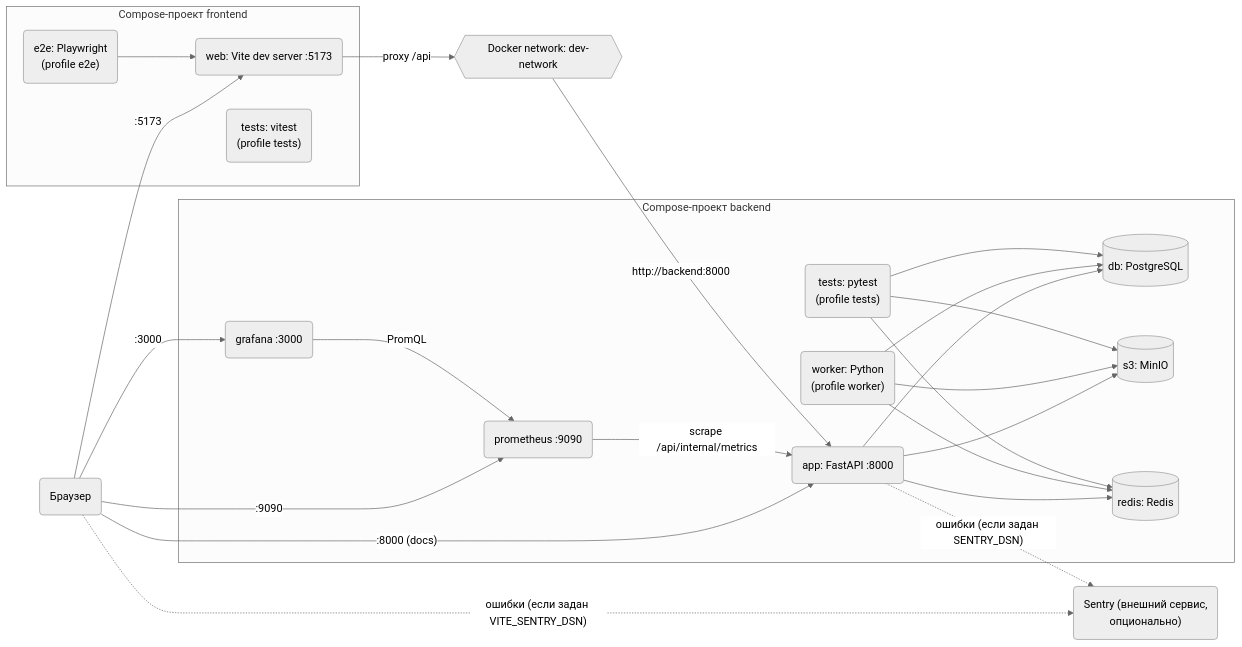
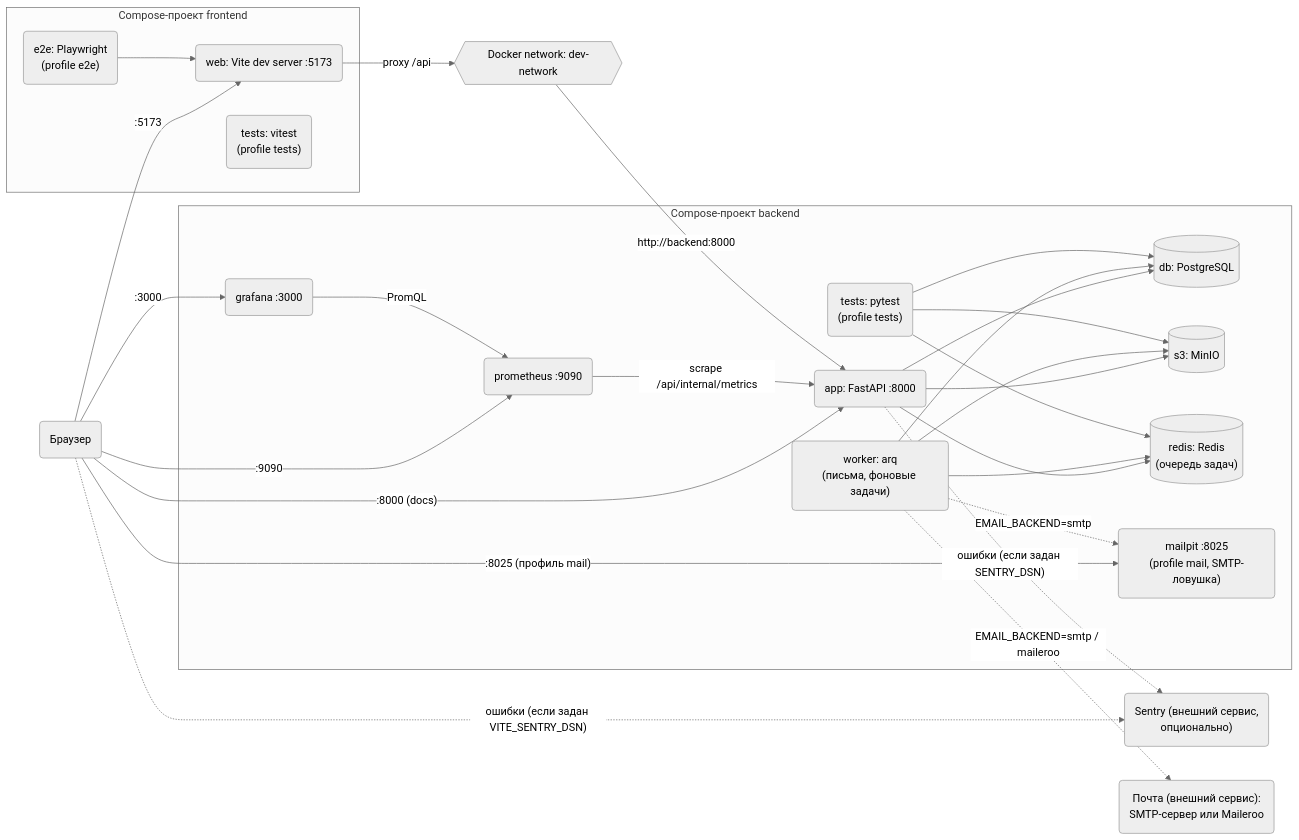
Before and after one commit to Daniil-Solo/Saas-Template: the first of 2 diagrams in docs/deployment.md, drawn with Mermaid (neutral theme). The commit also changed other lines of this file and 88 other files, not shown here.

````diff
--- a/docs/deployment.md
+++ b/docs/deployment.md
@@ -9,46 +9,51 @@
 ```mermaid
 flowchart LR
     browser("Браузер")
 
     subgraph Frontend["Compose-проект frontend"]
         web("web: Vite dev server :5173")
         ftests("tests: vitest<br>(profile tests)")
         e2e("e2e: Playwright<br>(profile e2e)")
     end
 
     subgraph Backend["Compose-проект backend"]
         app("app: FastAPI :8000")
-        worker("worker: Python<br>(profile worker)")
+        worker("worker: arq<br>(письма, фоновые задачи)")
         tests("tests: pytest<br>(profile tests)")
         db[("db: PostgreSQL")]
         s3[("s3: MinIO")]
-        redis[("redis: Redis")]
+        redis[("redis: Redis<br>(очередь задач)")]
+        mailpit("mailpit :8025<br>(profile mail, SMTP-ловушка)")
         prometheus("prometheus :9090")
         grafana("grafana :3000")
     end
 
     shared{{"Docker network: dev-network"}}
     sentry("Sentry (внешний сервис,<br>опционально)")
+    mailext("Почта (внешний сервис):<br>SMTP-сервер или Maileroo")
 
     browser -->|":5173"| web
     browser -->|":8000 (docs)"| app
     browser -->|":3000"| grafana
+    browser -->|":8025 (профиль mail)"| mailpit
     browser -->|":9090"| prometheus
     prometheus -->|"scrape /api/internal/metrics"| app
     grafana -->|"PromQL"| prometheus
     app -.->|"ошибки (если задан SENTRY_DSN)"| sentry
     browser -.->|"ошибки (если задан VITE_SENTRY_DSN)"| sentry
     web -->|"proxy /api"| shared
     shared -->|"http://backend:8000"| app
     e2e --> web
 
     app --> db
     app --> s3
     app --> redis
+    worker -.->|"EMAIL_BACKEND=smtp"| mailpit
+    worker -.->|"EMAIL_BACKEND=smtp / maileroo"| mailext
     worker --> db
     worker --> s3
     worker --> redis
     tests --> db
     tests --> s3
     tests --> redis
 ```
````
